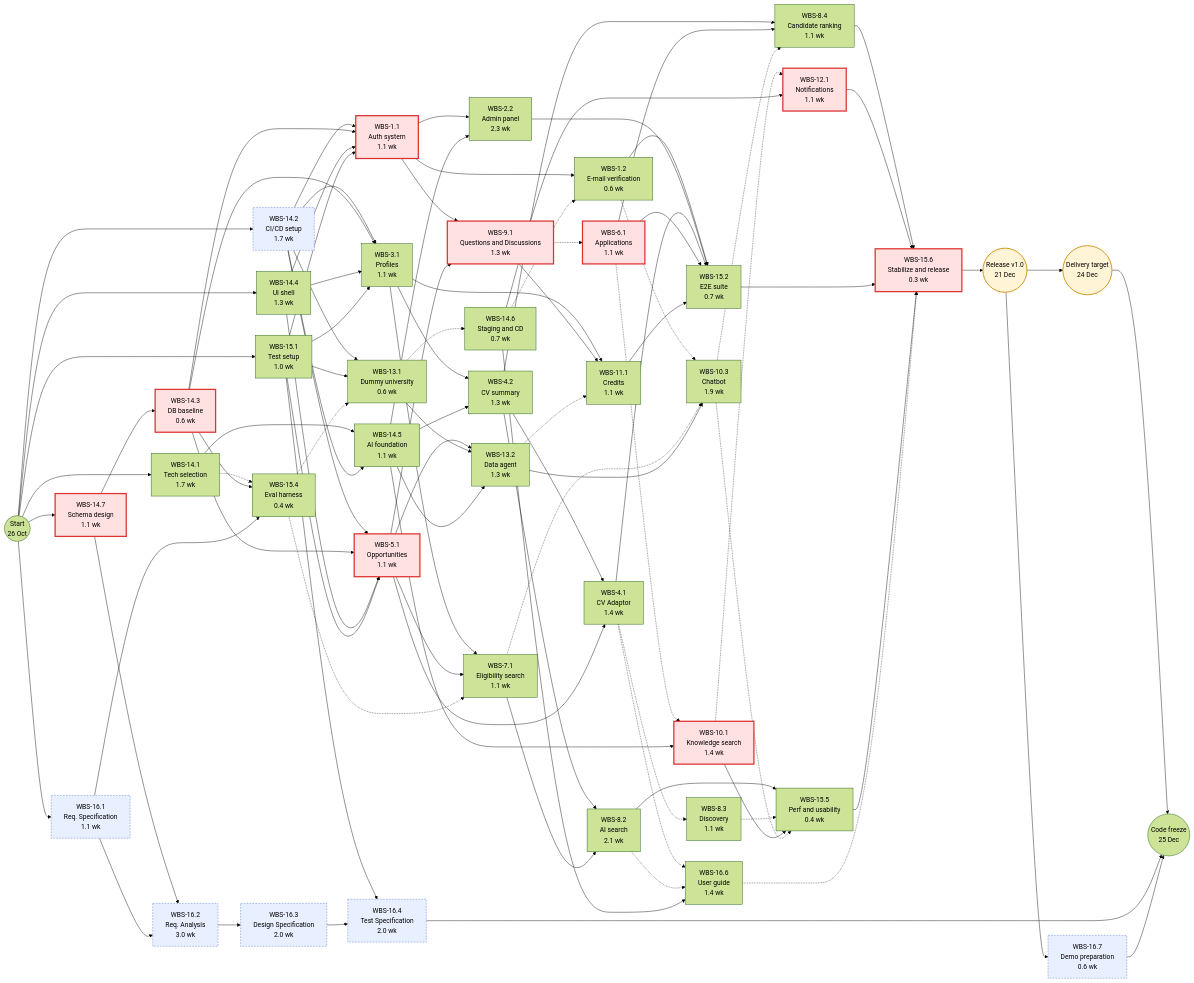
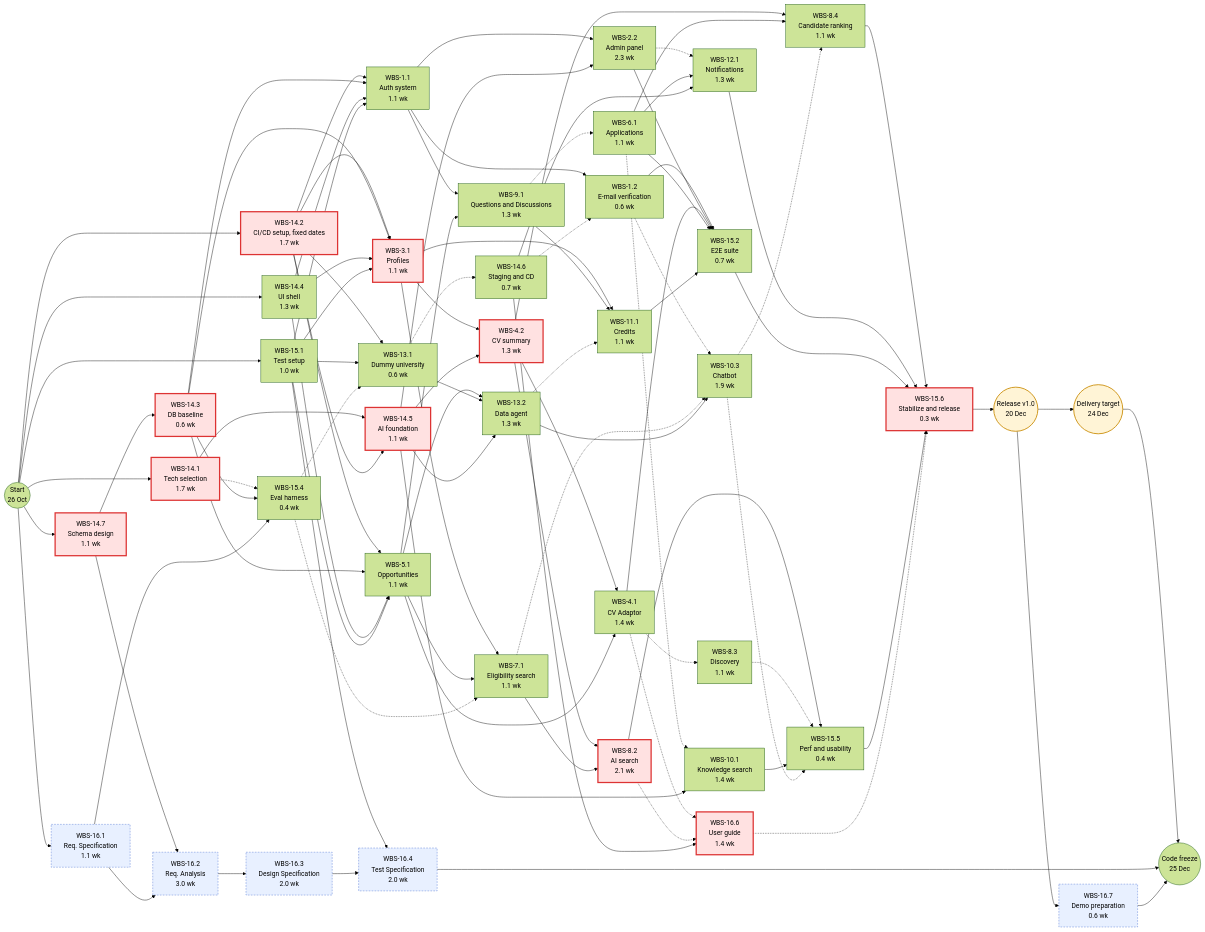
One commit to yalcinfu22/SynapseITU changed the first of 2 diagrams in docs/ProjectPlan.md. Above: the diagram before and after it, drawn with Mermaid (forest theme). The commit also changed other lines of this file, not shown here.

````diff
--- a/docs/ProjectPlan.md
+++ b/docs/ProjectPlan.md
@@ -457,10 +493,10 @@
 flowchart LR
     START((Start<br/>26 Oct))
     FREEZE((Code freeze<br/>25 Dec))
-    REL((Release v1.0<br/>21 Dec))
+    REL((Release v1.0<br/>20 Dec))
     TGT((Delivery target<br/>24 Dec))
     W14_1["WBS-14.1<br/>Tech selection<br/>1.7 wk"]
-    W14_2["WBS-14.2<br/>CI/CD setup<br/>1.7 wk"]
+    W14_2["WBS-14.2<br/>CI/CD setup, fixed dates<br/>1.7 wk"]
     W14_7["WBS-14.7<br/>Schema design<br/>1.1 wk"]
     W14_4["WBS-14.4<br/>UI shell<br/>1.3 wk"]
     W15_1["WBS-15.1<br/>Test setup<br/>1.0 wk"]
@@ -492,7 +528,7 @@
     W16_4["WBS-16.4<br/>Test Specification<br/>2.0 wk"]
     W16_6["WBS-16.6<br/>User guide<br/>1.4 wk"]
     W8_4["WBS-8.4<br/>Candidate ranking<br/>1.1 wk"]
-    W12_1["WBS-12.1<br/>Notifications<br/>1.1 wk"]
+    W12_1["WBS-12.1<br/>Notifications<br/>1.3 wk"]
     W15_5["WBS-15.5<br/>Perf and usability<br/>0.4 wk"]
     W15_6["WBS-15.6<br/>Stabilize and release<br/>0.3 wk"]
     W16_7["WBS-16.7<br/>Demo preparation<br/>0.6 wk"]
@@ -511,6 +547,7 @@
     W1_2 -.-> W10_3
     W1_2 --> W15_2
     W2_2 --> W15_2
+    W2_2 -.-> W12_1
     W3_1 --> W4_2
     W3_1 --> W7_1
     W3_1 --> W11_1
@@ -526,6 +563,7 @@
     W5_1 --> W13_2
     W6_1 --> W8_4
     W6_1 -.-> W10_1
+    W6_1 --> W12_1
     W6_1 --> W15_2
     W7_1 --> W8_2
     W7_1 -.-> W10_3
@@ -535,7 +573,6 @@
     W8_4 --> W15_6
     W9_1 -.-> W6_1
     W9_1 --> W11_1
-    W10_1 -.-> W12_1
     W10_1 --> W15_5
     W11_1 --> W15_2
     W12_1 --> W15_6
@@ -589,6 +626,6 @@
     class REL,TGT milestone;
     classDef critical fill:#ffe1e1,stroke:#d33,stroke-width:3px;
     classDef pinned fill:#e8f0ff,stroke:#4a6fd1,stroke-dasharray:4 3;
-    class W1_1,W5_1,W6_1,W9_1,W10_1,W12_1,W14_7,W14_3,W15_6 critical;
-    class W14_2,W16_1,W16_2,W16_3,W16_4,W16_7 pinned;
+    class W14_1,W14_2,W14_7,W14_3,W3_1,W14_5,W4_2,W8_2,W16_6,W15_6 critical;
+    class W16_1,W16_2,W16_3,W16_4,W16_7 pinned;
 ```
````
